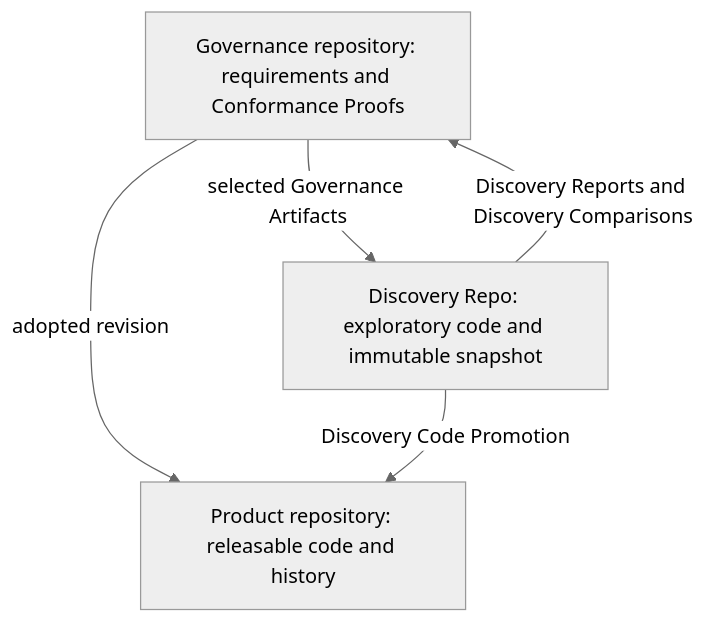
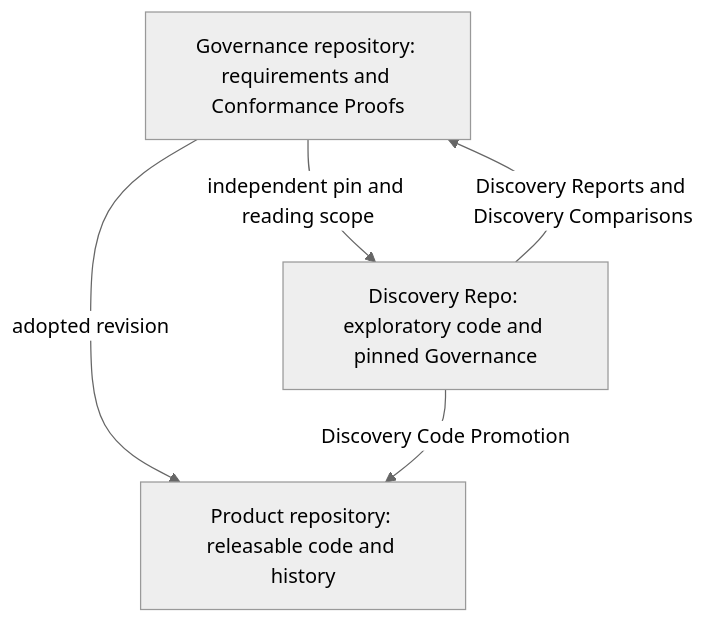
Before and after one commit to wadebee/blt-agent-skills: the diagram in planning/handoffs/docs/01-architecture.md, drawn with Mermaid (neutral theme). The commit also changed other lines of this file and 28 other files, not shown here.

First line of the commit message:
docs(governance): adopt reading scope over snapshots

````diff
--- a/planning/handoffs/docs/01-architecture.md
+++ b/planning/handoffs/docs/01-architecture.md
@@ -5,10 +5,10 @@
 ```mermaid
 flowchart TD
     G[Governance repository: requirements and Conformance Proofs]
     P[Product repository: releasable code and history]
-    D[Discovery Repo: exploratory code and immutable snapshot]
+    D[Discovery Repo: exploratory code and pinned Governance]
     G -->|adopted revision| P
-    G -->|selected Governance Artifacts| D
+    G -->|independent pin and reading scope| D
     D -->|Discovery Reports and Discovery Comparisons| G
     D -->|Discovery Code Promotion| P
 ```
````
